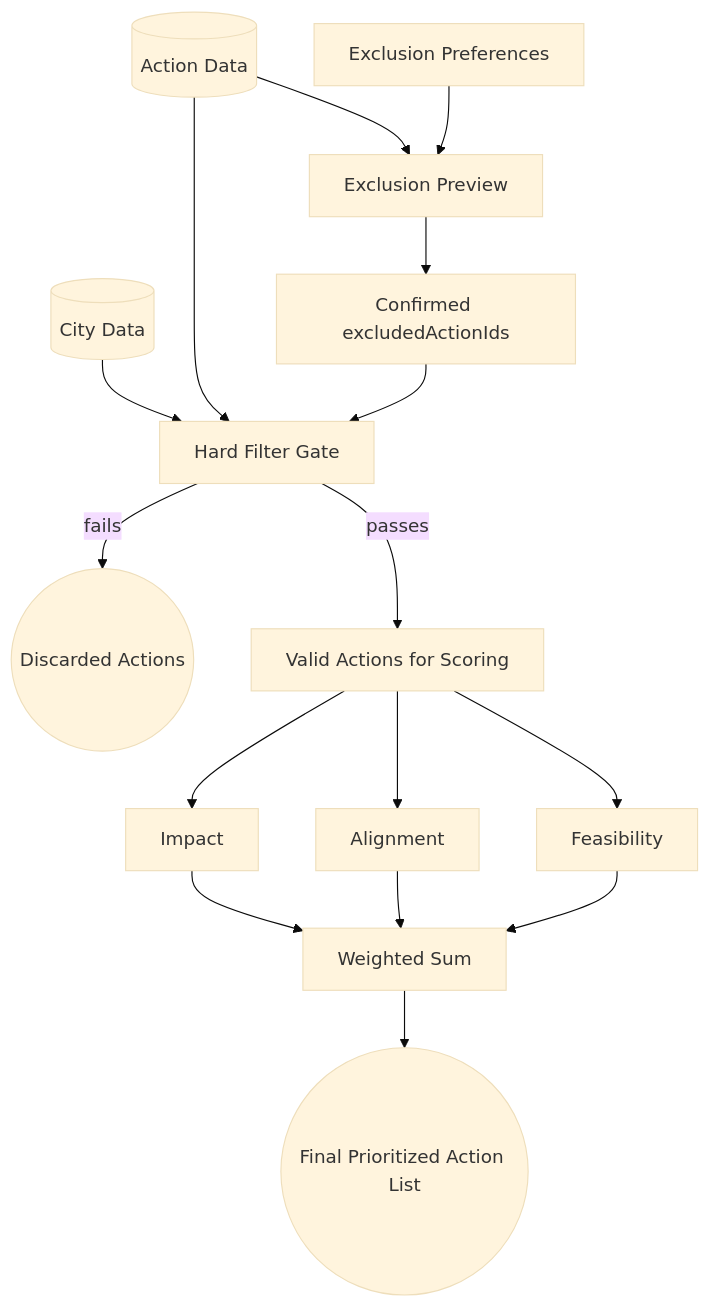
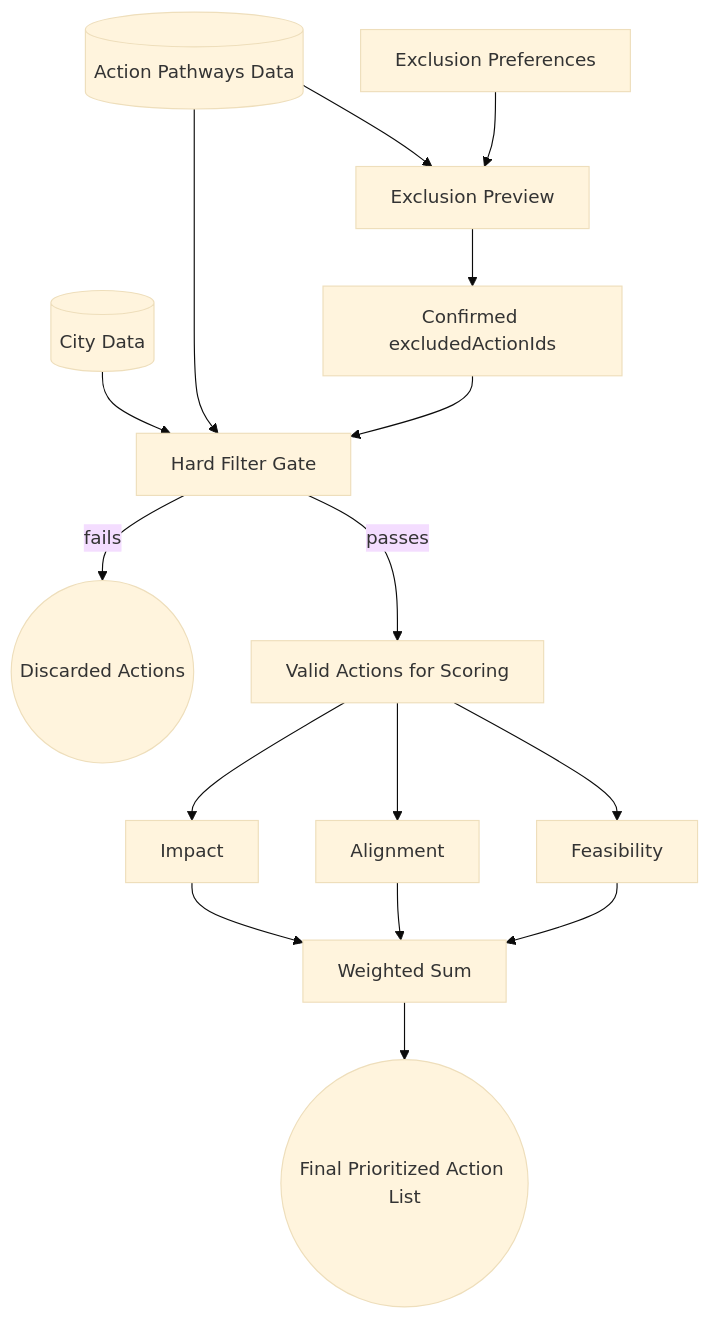
Before and after one commit to Open-Earth-Foundation/CityCatalyst: the diagram in hiap-meed/docs/highlevel-architecture.md, drawn with Mermaid (base theme). The commit also changed 25 other files, not shown here.

````diff
--- a/hiap-meed/docs/highlevel-architecture.md
+++ b/hiap-meed/docs/highlevel-architecture.md
@@ -7,39 +7,39 @@
 ```mermaid
 graph TD
   CityData[(City Data)]
-  ActionData[(Action Data)]
+  ActionPathways[(Action Pathways Data)]
 
   ExclusionPrefs[Exclusion Preferences]
   Preview[Exclusion Preview]
   Confirmed[Confirmed excludedActionIds]
   HardFilter[Hard Filter Gate]
   Discard((Discarded Actions))
   Valid[Valid Actions for Scoring]
 
   Impact[Impact]
   Alignment[Alignment]
   Feasibility[Feasibility]
 
   WeightedSum[Weighted Sum]
   FinalList((Final Prioritized Action List))
 
-  ActionData --> Preview
+  ActionPathways --> Preview
   ExclusionPrefs --> Preview
   Preview --> Confirmed
   CityData --> HardFilter
-  ActionData --> HardFilter
+  ActionPathways --> HardFilter
   Confirmed --> HardFilter
 
   HardFilter -- fails --> Discard
   HardFilter -- passes --> Valid
 
   Valid --> Impact
   Valid --> Alignment
   Valid --> Feasibility
 
   Impact --> WeightedSum
   Alignment --> WeightedSum
   Feasibility --> WeightedSum
 
   WeightedSum --> FinalList
 ```
````
